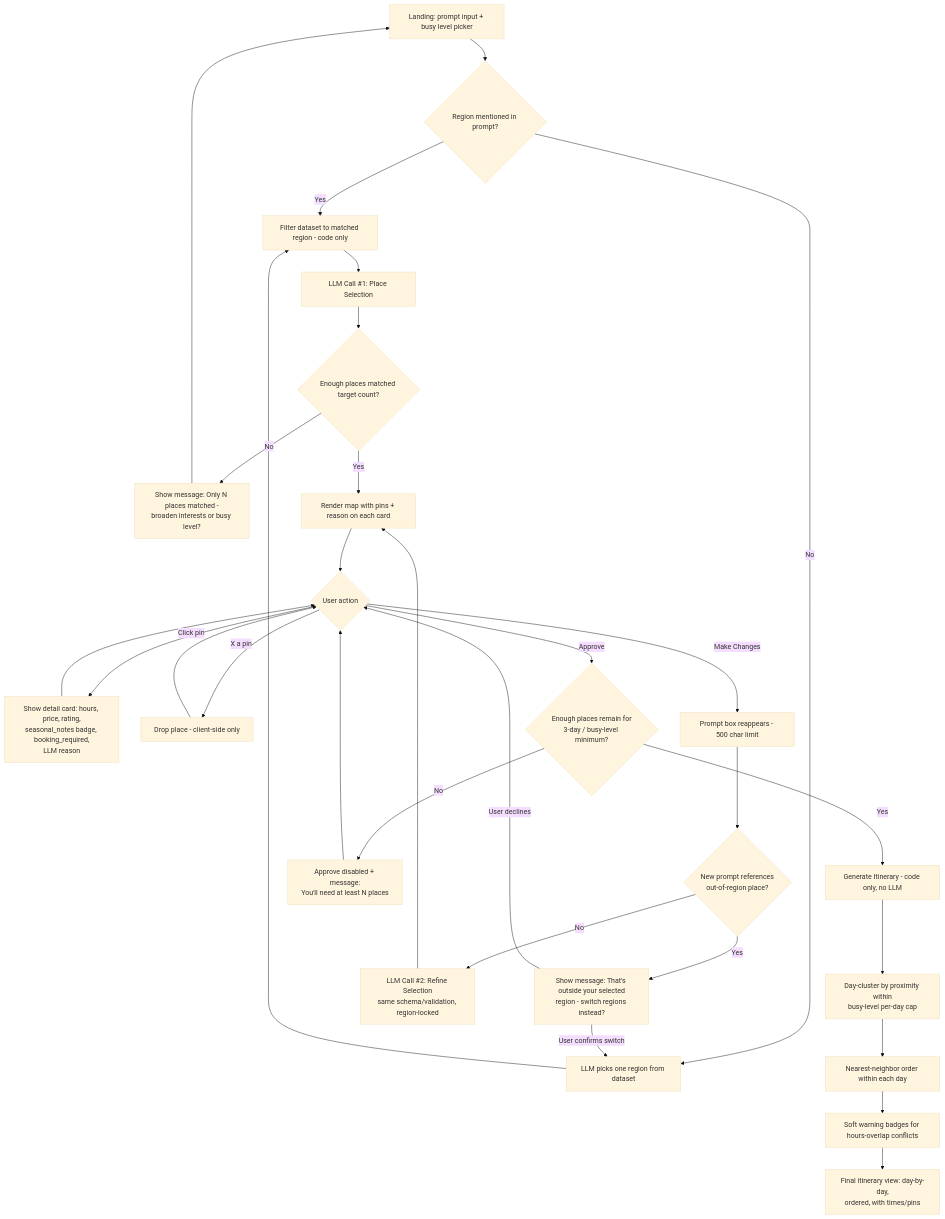
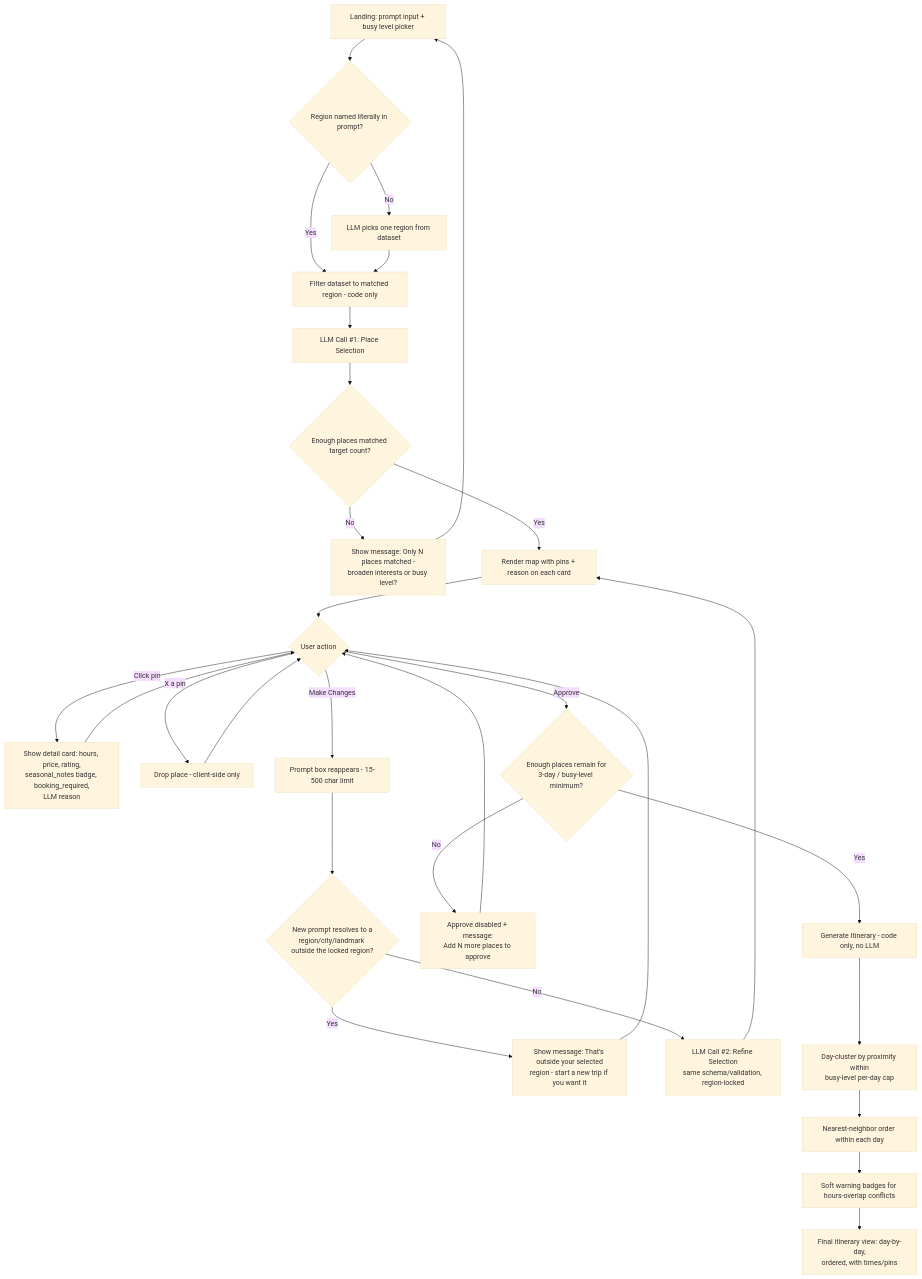
One commit to PaulShamoon/3-Days-In-Italy changed the diagram in docs/user_flow.md. Above: the diagram before and after it, drawn with Mermaid (base theme). The commit also changed other lines of this file and 5 other files, not shown here.

````diff
--- a/docs/user_flow.md
+++ b/docs/user_flow.md
@@ -11,32 +11,31 @@
 ```mermaid
 flowchart TD
-    A[Landing: prompt input + busy level picker] --> B{Region mentioned in prompt?}
+    A[Landing: prompt input + busy level picker] --> B{Region named literally in prompt?}
     B -- Yes --> C[Filter dataset to matched region - code only]
     B -- No --> D[LLM picks one region from dataset]
     D --> C
     C --> E[LLM Call #1: Place Selection]
     E --> F{Enough places matched target count?}
     F -- No --> G["Show message: Only N places matched -\nbroaden interests or busy level?"]
     G --> A
     F -- Yes --> H[Render map with pins + reason on each card]
     H --> I{User action}
     I -- "Click pin" --> J[Show detail card: hours, price, rating,\nseasonal_notes badge, booking_required,\nLLM reason]
     J --> I
     I -- "X a pin" --> K[Drop place - client-side only]
     K --> I
-    I -- "Make Changes" --> L[Prompt box reappears - 500 char limit]
-    L --> M{New prompt references\nout-of-region place?}
-    M -- Yes --> N["Show message: That's outside your selected\nregion - switch regions instead?"]
-    N -- User confirms switch --> D
-    N -- User declines --> I
+    I -- "Make Changes" --> L[Prompt box reappears - 15-500 char limit]
+    L --> M{New prompt resolves to a\nregion/city/landmark outside the locked region?}
+    M -- Yes --> N["Show message: That's outside your selected\nregion - start a new trip if you want it"]
+    N --> I
     M -- No --> O[LLM Call #2: Refine Selection\nsame schema/validation, region-locked]
     O --> H
     I -- "Approve" --> P{Enough places remain for\n3-day / busy-level minimum?}
-    P -- No --> Q["Approve disabled + message:\nYou'll need at least N places"]
+    P -- No --> Q["Approve disabled + message:\nAdd N more places to approve"]
     Q --> I
     P -- Yes --> R[Generate Itinerary - code only, no LLM]
     R --> S[Day-cluster by proximity within\nbusy-level per-day cap]
     S --> T[Nearest-neighbor order within each day]
     T --> U[Soft warning badges for hours-overlap conflicts]
     U --> V[Final itinerary view: day-by-day,\nordered, with times/pins]
 ```
````
